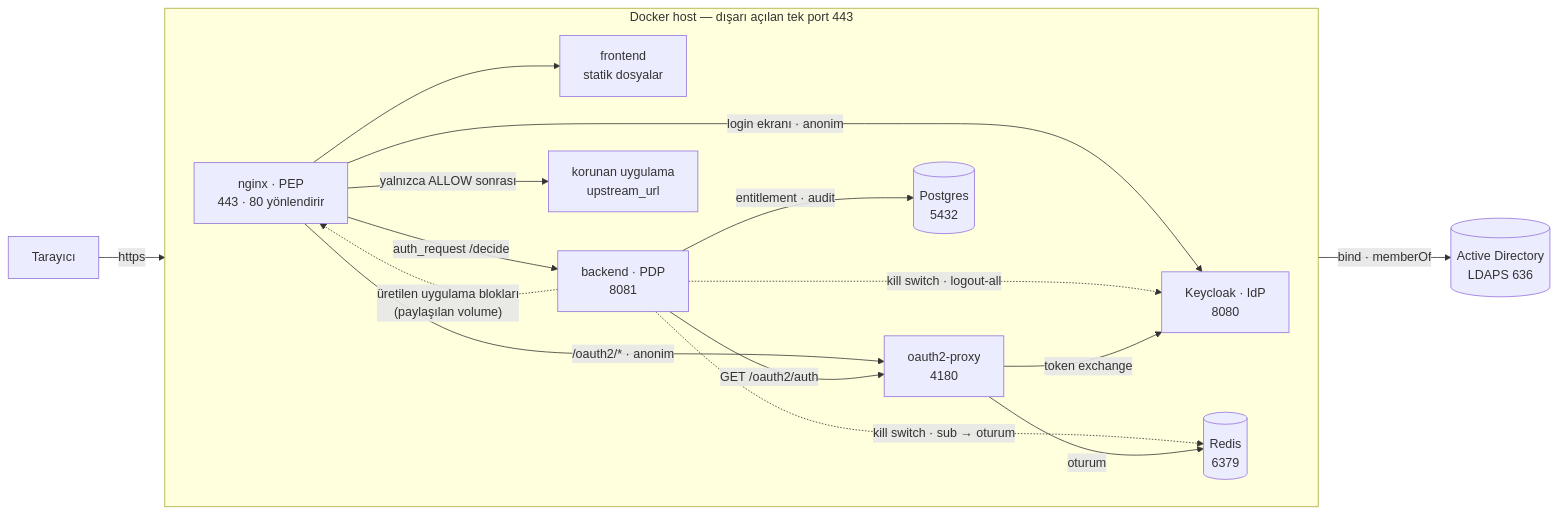
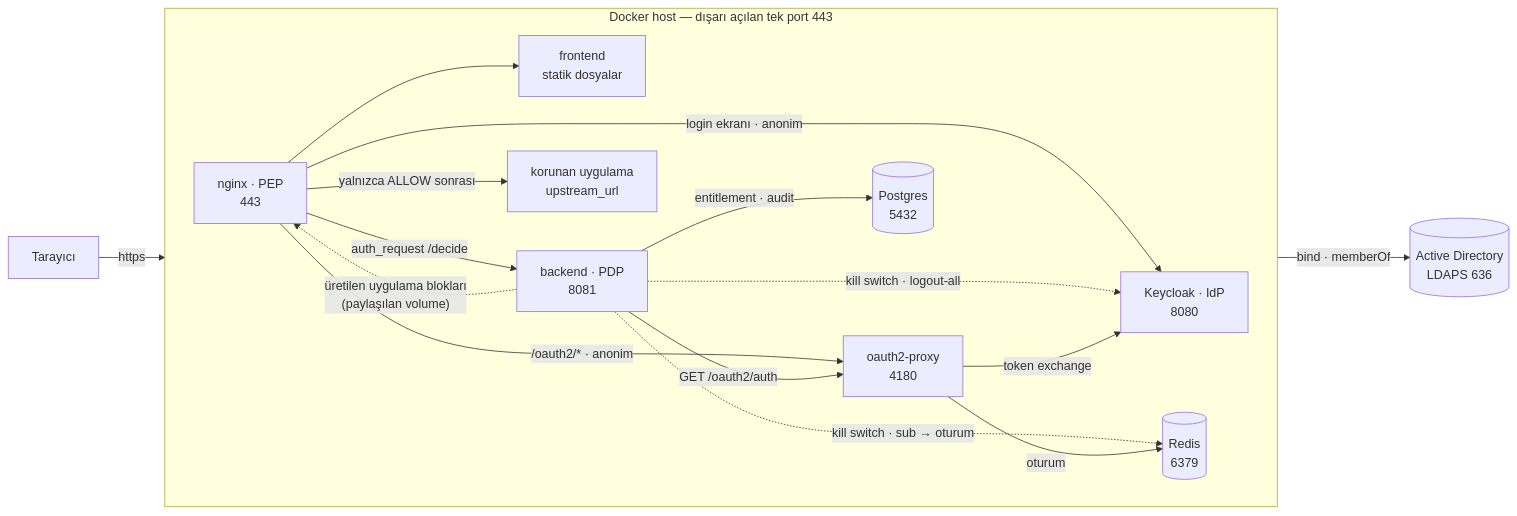
One commit to murat-akpinar/OpenBerat changed the diagram in README_TR.md. Above: the diagram before and after it, drawn with Mermaid. The commit also changed other lines of this file and 4 other files, not shown here.

````diff
--- a/README_TR.md
+++ b/README_TR.md
@@ -53,33 +53,33 @@
 ```mermaid
 flowchart LR
     browser["Tarayıcı"]
 
     subgraph host["Docker host — dışarı açılan tek port 443"]
         direction LR
-        nginx["nginx · PEP<br>443 · 80 yönlendirir"]
+        nginx["nginx · PEP<br>443"]
         frontend["frontend<br>statik dosyalar"]
         backend["backend · PDP<br>8081"]
         o2p["oauth2-proxy<br>4180"]
         kc["Keycloak · IdP<br>8080"]
         pg[("Postgres<br>5432")]
         redis[("Redis<br>6379")]
         app["korunan uygulama<br>upstream_url"]
     end
 
     ad[("Active Directory<br>LDAPS 636")]
 
     browser -->|https| nginx
     nginx --> frontend
     nginx -->|"auth_request /decide"| backend
     nginx -->|"/oauth2/* · anonim"| o2p
     nginx -->|"login ekranı · anonim"| kc
     nginx -->|"yalnızca ALLOW sonrası"| app
     backend -->|"GET /oauth2/auth"| o2p
     backend -->|"entitlement · audit"| pg
     backend -.->|"kill switch · sub → oturum"| redis
     backend -.->|"kill switch · logout-all"| kc
     backend -.->|"üretilen uygulama blokları<br>(paylaşılan volume)"| nginx
     o2p -->|oturum| redis
     o2p -->|"token exchange"| kc
     kc -->|"bind · memberOf"| ad
 ```
````
